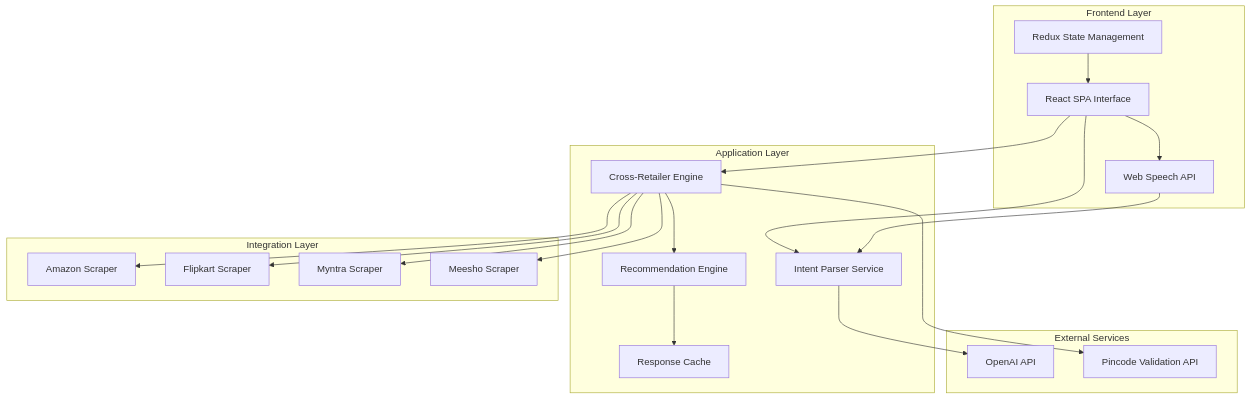
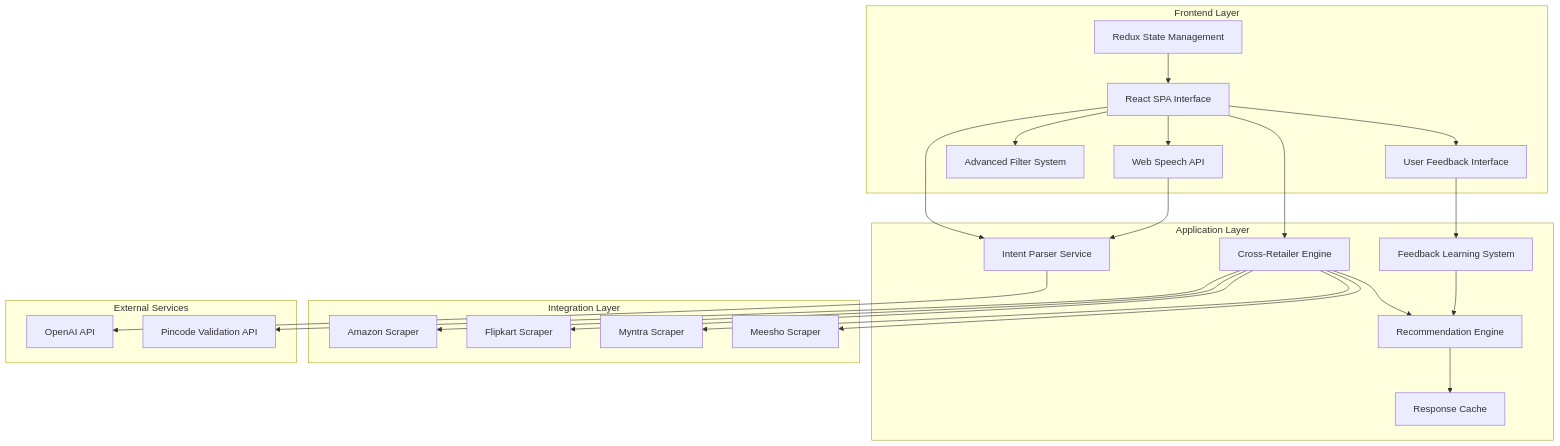
One commit to shriom-19/BharathBrains changed the diagram in .kiro/specs/ai-retailer-bot/design.md. Above: the diagram before and after it, drawn with Mermaid. The commit also changed other lines of this file and 52 other files, not shown here.

````diff
--- a/.kiro/specs/ai-retailer-bot/design.md
+++ b/.kiro/specs/ai-retailer-bot/design.md
@@ -13,41 +22,48 @@
 ```mermaid
 graph TB
     subgraph "Frontend Layer"
         UI[React SPA Interface]
         Voice[Web Speech API]
         State[Redux State Management]
+        Filters[Advanced Filter System]
+        Feedback[User Feedback Interface]
     end
     
     subgraph "Application Layer"
         NLP[Intent Parser Service]
         Search[Cross-Retailer Engine]
         Rec[Recommendation Engine]
         Cache[Response Cache]
+        Learn[Feedback Learning System]
     end
     
     subgraph "Integration Layer"
         Amazon[Amazon Scraper]
         Flipkart[Flipkart Scraper]
         Myntra[Myntra Scraper]
         Meesho[Meesho Scraper]
     end
     
     subgraph "External Services"
         OpenAI[OpenAI API]
         Pincode[Pincode Validation API]
     end
     
     UI --> NLP
     UI --> Search
     UI --> Voice
+    UI --> Filters
+    UI --> Feedback
     Voice --> NLP
     NLP --> OpenAI
     Search --> Amazon
     Search --> Flipkart
     Search --> Myntra
     Search --> Meesho
     Search --> Pincode
     Search --> Rec
     Rec --> Cache
+    Feedback --> Learn
+    Learn --> Rec
     State --> UI
 ```
````
